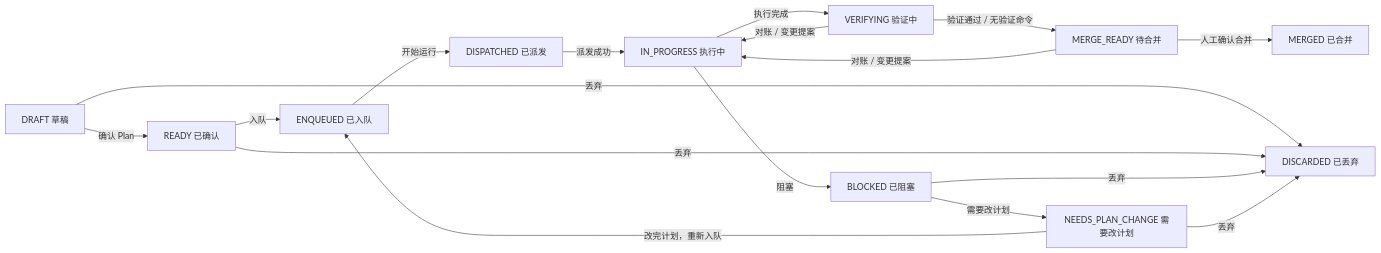
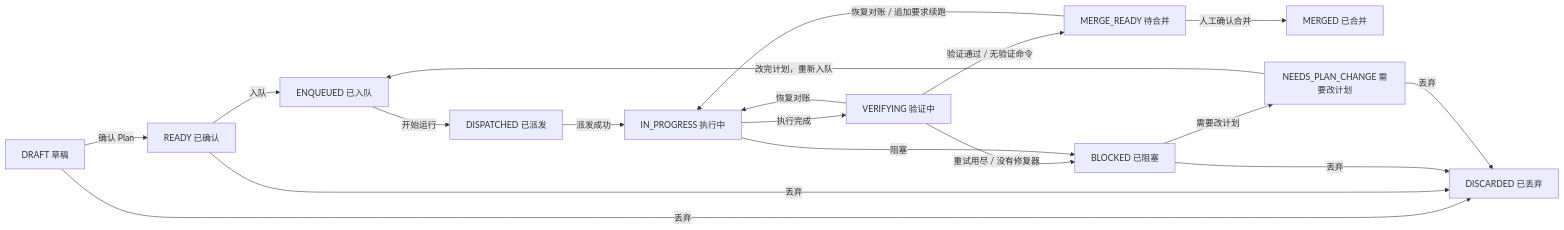
One commit to DigitalMarsh/pipeline-factory changed the third of 10 diagrams in docs/消息类型及事件状态机流程图.md. Above: the diagram before and after it, drawn with Mermaid. The commit also changed other lines of this file and 1 other file, not shown here.

````diff
--- a/docs/消息类型及事件状态机流程图.md
+++ b/docs/消息类型及事件状态机流程图.md
@@ -628,19 +630,20 @@
 ```mermaid
 flowchart LR
   D["DRAFT 草稿"] -->|"确认 Plan"| RD["READY 已确认"]
   D -->|"丢弃"| DS["DISCARDED 已丢弃"]
   RD -->|"入队"| EQ["ENQUEUED 已入队"]
   EQ -->|"开始运行"| DP["DISPATCHED 已派发"]
   DP -->|"派发成功"| IP["IN_PROGRESS 执行中"]
   IP -->|"执行完成"| VF["VERIFYING 验证中"]
   VF -->|"验证通过 / 无验证命令"| MR["MERGE_READY 待合并"]
+  VF -->|"重试用尽 / 没有修复器"| BL["BLOCKED 已阻塞"]
   MR -->|"人工确认合并"| MG["MERGED 已合并"]
-  IP -->|"阻塞"| BL["BLOCKED 已阻塞"]
+  IP -->|"阻塞"| BL
   BL -->|"需要改计划"| NP["NEEDS_PLAN_CHANGE 需要改计划"]
   NP -->|"改完计划，重新入队"| EQ
-  VF -->|"对账 / 变更提案"| IP
-  MR -->|"对账 / 变更提案"| IP
+  VF -->|"恢复对账"| IP
+  MR -->|"恢复对账 / 追加要求续跑"| IP
   RD -->|"丢弃"| DS
   BL -->|"丢弃"| DS
   NP -->|"丢弃"| DS
 ```
````
